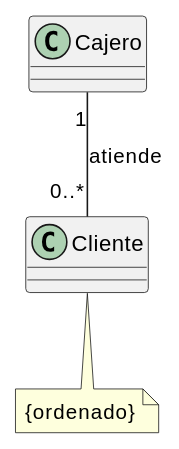
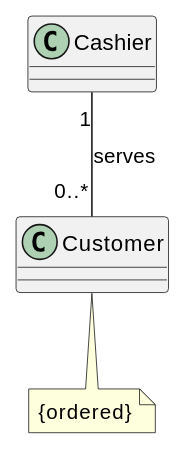
The first of 2 diagrams in source/base-cognitiva/_uml/uml-04-uso-relaciones/restricciones-en-las-asociaciones.rst (jcg-admin/IACT-docs), drawn with PlantUML before and after one commit. The commit also changed other lines of this file and 4 other files, not shown here.

```diff
--- a/source/base-cognitiva/_uml/uml-04-uso-relaciones/restricciones-en-las-asociaciones.rst
+++ b/source/base-cognitiva/_uml/uml-04-uso-relaciones/restricciones-en-las-asociaciones.rst
@@ -14,11 +14,11 @@
 .. uml::
 
    @startuml
 
-   class Cajero
-   class Cliente
-   Cajero "1" -- "0..*" Cliente : atiende
-   note bottom of Cliente
-     {ordenado}
+   class Cashier
+   class Customer
+   Cashier "1" -- "0..*" Customer : serves
+   note bottom of Customer
+     {ordered}
    end note
    @enduml
```
